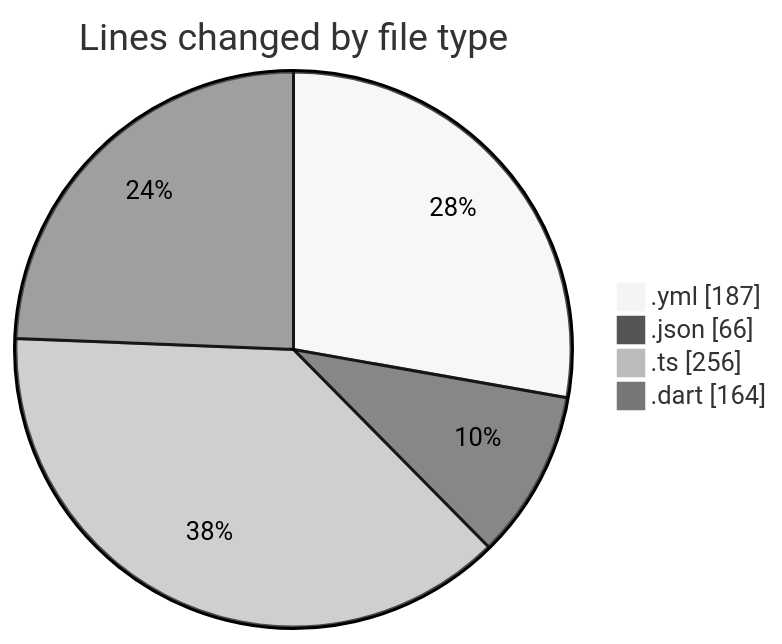
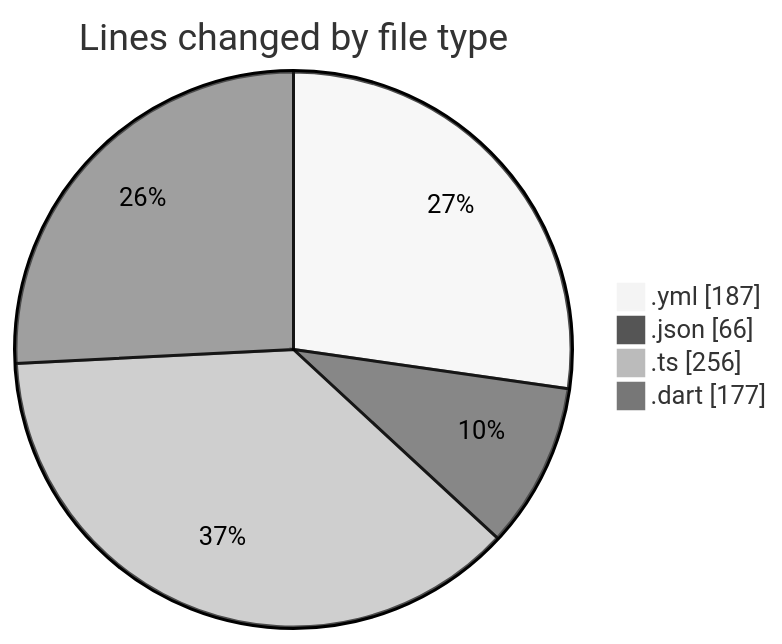
One commit to donsfak/code-tracking changed the first of 2 diagrams in 2025-02-10/maps_clone/README.md. Above: the diagram before and after it, drawn with Mermaid (neutral theme). The commit also changed other lines of this file and 1 other file, not shown here.

````diff
--- a/2025-02-10/maps_clone/README.md
+++ b/2025-02-10/maps_clone/README.md
@@ -27,8 +27,8 @@
 ```mermaid
 pie showData
 title Lines changed by file type
 ".yml" : 187
 ".json" : 66
 ".ts" : 256
-".dart" : 164
+".dart" : 177
 ```
````
